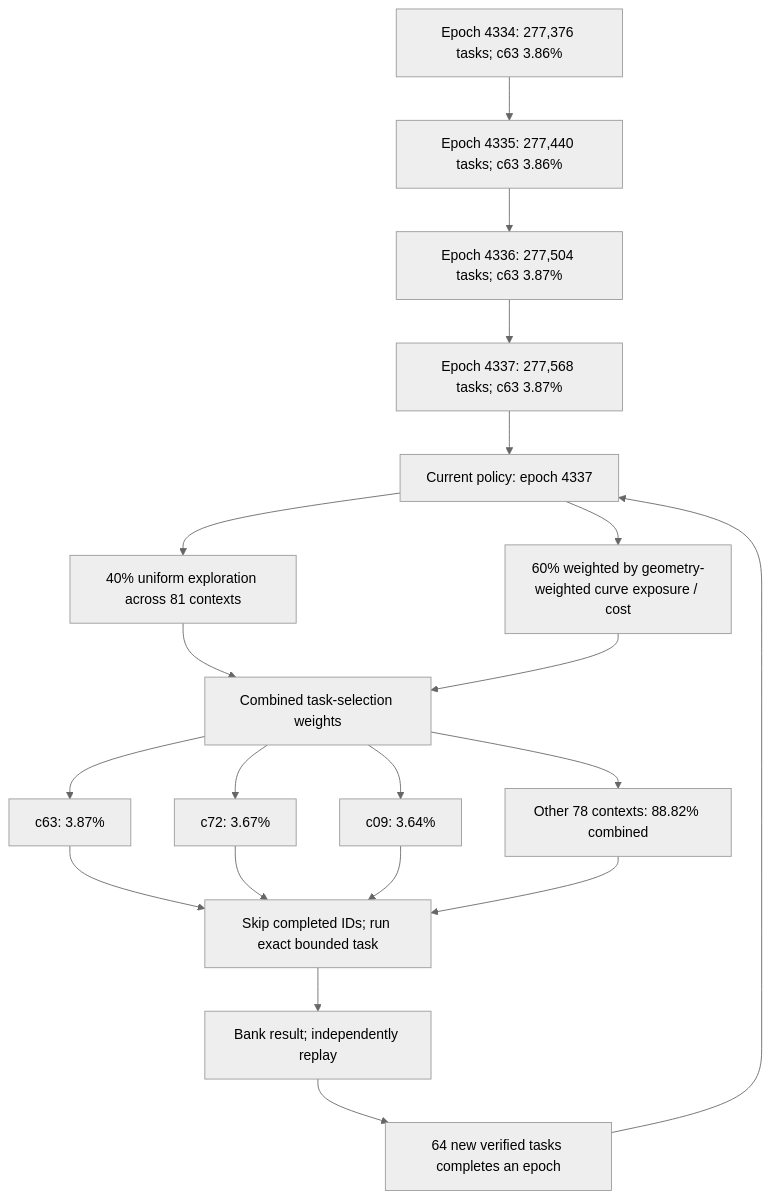
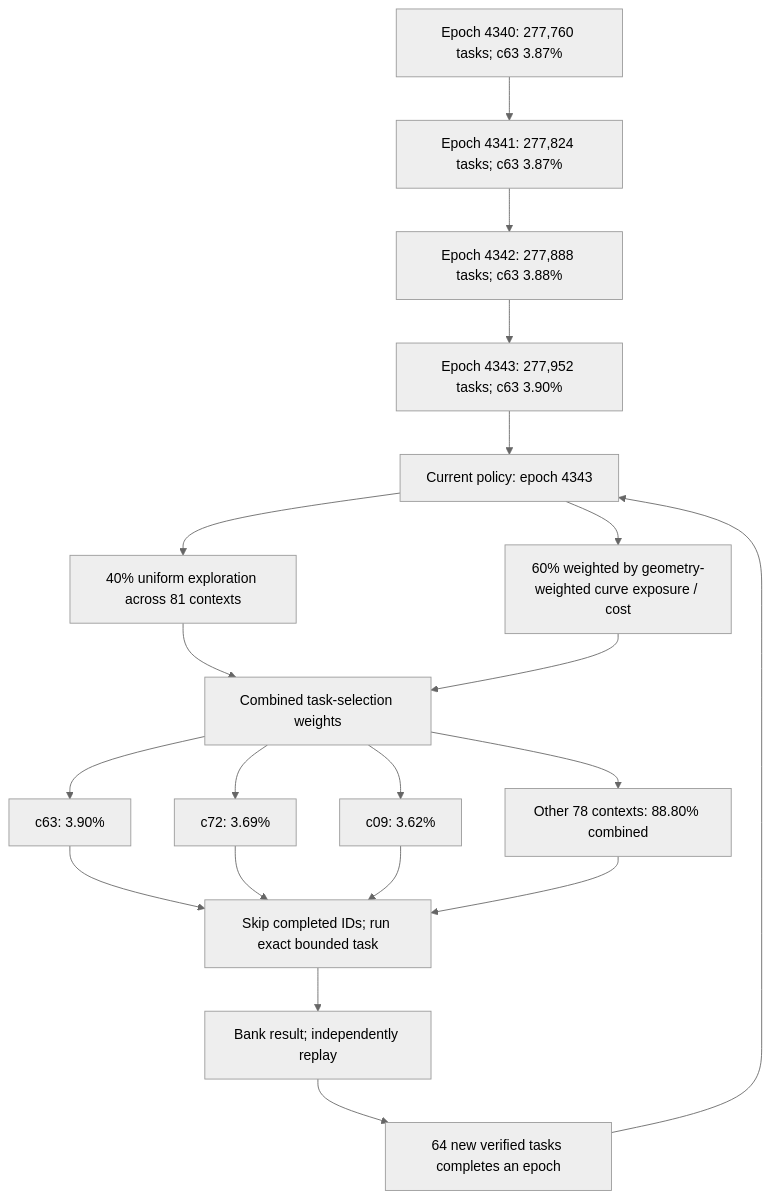
The first of 3 diagrams in README.md (Kuberwastaken/math-gambling), drawn with Mermaid (neutral theme) before and after one commit. The commit also changed other lines of this file and 2497 other files, not shown here.

````diff
--- a/README.md
+++ b/README.md
@@ -60,27 +60,27 @@
 ```mermaid
 flowchart TD
-    H0["Epoch 4334: 277,376 tasks; c63 3.86%"]
-    H1["Epoch 4335: 277,440 tasks; c63 3.86%"]
+    H0["Epoch 4340: 277,760 tasks; c63 3.87%"]
+    H1["Epoch 4341: 277,824 tasks; c63 3.87%"]
     H0 --> H1
-    H2["Epoch 4336: 277,504 tasks; c63 3.87%"]
+    H2["Epoch 4342: 277,888 tasks; c63 3.88%"]
     H1 --> H2
-    H3["Epoch 4337: 277,568 tasks; c63 3.87%"]
+    H3["Epoch 4343: 277,952 tasks; c63 3.90%"]
     H2 --> H3
-    Policy["Current policy: epoch 4337"]
+    Policy["Current policy: epoch 4343"]
     H3 --> Policy
     Policy --> Explore["40% uniform exploration across 81 contexts"]
     Policy --> Cost["60% weighted by geometry-weighted curve exposure / cost"]
     Explore --> Mix["Combined task-selection weights"]
     Cost --> Mix
-    Mix --> C0["c63: 3.87%"]
-    Mix --> C1["c72: 3.67%"]
-    Mix --> C2["c09: 3.64%"]
-    Mix --> Rest["Other 78 contexts: 88.82% combined"]
+    Mix --> C0["c63: 3.90%"]
+    Mix --> C1["c72: 3.69%"]
+    Mix --> C2["c09: 3.62%"]
+    Mix --> Rest["Other 78 contexts: 88.80% combined"]
     C0 --> Check["Skip completed IDs; run exact bounded task"]
     C1 --> Check
     C2 --> Check
     Rest --> Check
     Check --> Replay["Bank result; independently replay"]
     Replay --> Gate["64 new verified tasks completes an epoch"]
     Gate --> Policy
 ```
````
